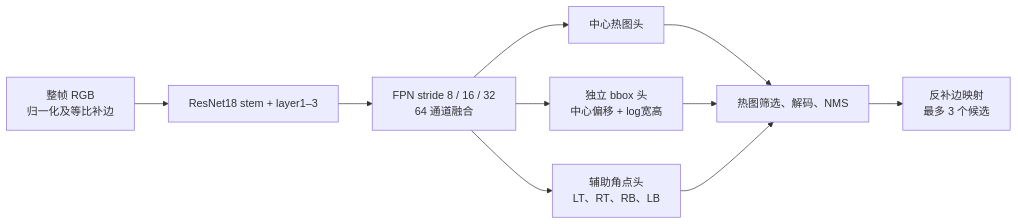
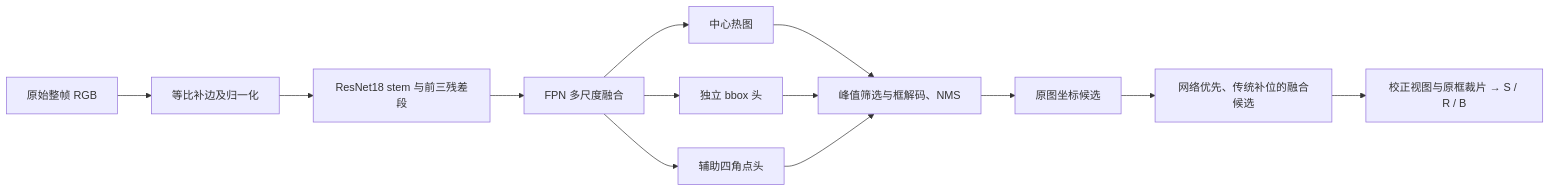
Before and after one commit to tonyswift868/license-plate-recognition: the diagram in docs/design/ch3-定位检测器.md, drawn with Mermaid. The commit also changed other lines of this file and 2 other files, not shown here.

First line of the commit message:
docs(m2): align chapter 3 and figure 5 with the default three-route flow

````diff
--- a/docs/design/ch3-定位检测器.md
+++ b/docs/design/ch3-定位检测器.md
@@ -7,12 +9,15 @@
 ```mermaid
 flowchart LR
-  I[整帧 RGB<br/>归一化及等比补边] --> R[ResNet18 stem + layer1–3]
-  R --> P[FPN stride 8 / 16 / 32<br/>64 通道融合]
-  P --> C[中心热图头]
-  P --> B[独立 bbox 头<br/>中心偏移 + log宽高]
-  P --> Q[辅助角点头<br/>LT、RT、RB、LB]
-  C --> O[热图筛选、解码、NMS]
+  I[原始整帧 RGB] --> N[等比补边及归一化]
+  N --> R[ResNet18 stem 与前三残差段]
+  R --> P[FPN 多尺度融合]
+  P --> C[中心热图]
+  P --> B[独立 bbox 头]
+  P --> Q[辅助四角点头]
+  C --> O[峰值筛选与框解码、NMS]
   B --> O
   Q --> O
-  O --> D[反补边映射<br/>最多 3 个候选]
+  O --> D[原图坐标候选]
+  D --> M[网络优先、传统补位的融合候选]
+  M --> T[校正视图与原框裁片 → S / R / B]
 ```
````
